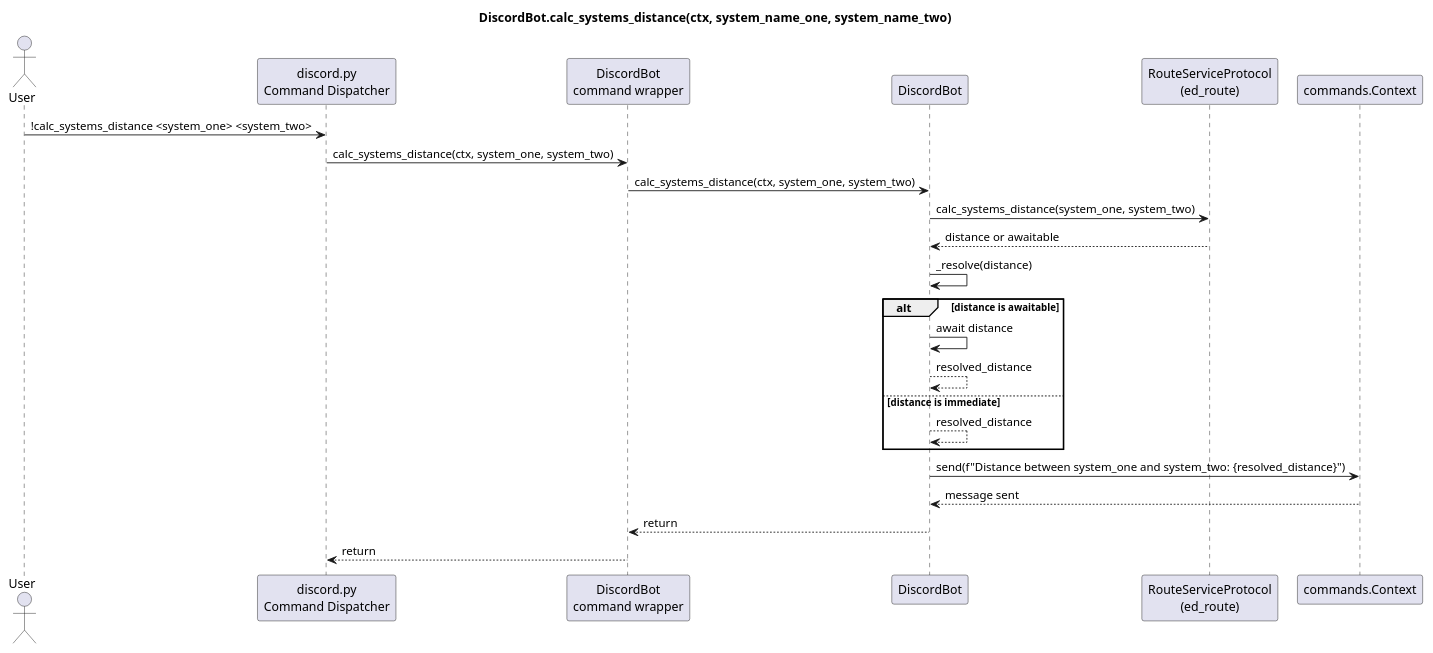
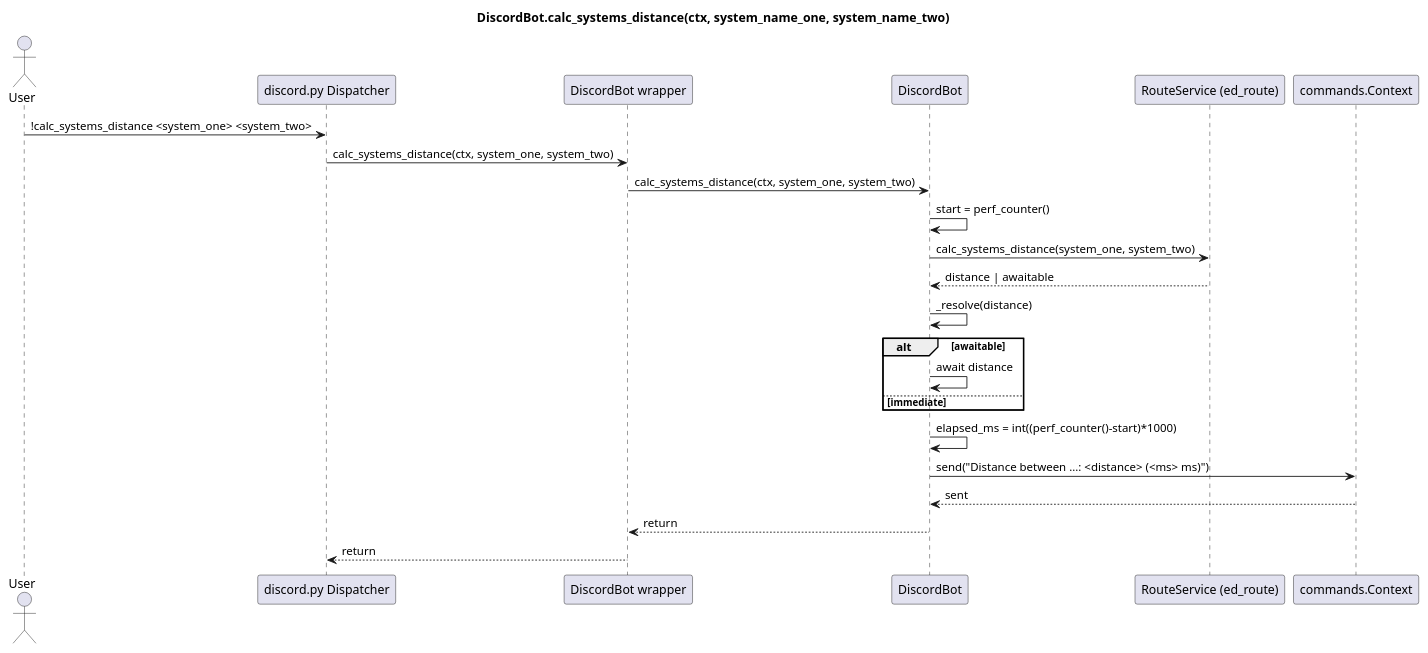
One commit to fazleskhan/elite_dangerous_discord_tools changed the third of 5 diagrams in docs/discord_bot_sequences.puml. Above: the diagram before and after it, drawn with PlantUML. The commit also changed other lines of this file and 13 other files, not shown here.

Commit message:
updated sequence diagrams and ran black against the source

```diff
--- a/docs/discord_bot_sequences.puml
+++ b/docs/discord_bot_sequences.puml
@@ -55,27 +58,27 @@
 @startuml
 title DiscordBot.calc_systems_distance(ctx, system_name_one, system_name_two)
 
 actor User
-participant "discord.py\nCommand Dispatcher" as Dispatcher
-participant "DiscordBot\ncommand wrapper" as Wrapper
+participant "discord.py Dispatcher" as Dispatcher
+participant "DiscordBot wrapper" as Wrapper
 participant "DiscordBot" as Bot
-participant "RouteServiceProtocol\n(ed_route)" as RouteService
+participant "RouteService (ed_route)" as Route
 participant "commands.Context" as Ctx
 
 User -> Dispatcher: !calc_systems_distance <system_one> <system_two>
 Dispatcher -> Wrapper: calc_systems_distance(ctx, system_one, system_two)
 Wrapper -> Bot: calc_systems_distance(ctx, system_one, system_two)
-Bot -> RouteService: calc_systems_distance(system_one, system_two)
-RouteService --> Bot: distance or awaitable
+Bot -> Bot: start = perf_counter()
+Bot -> Route: calc_systems_distance(system_one, system_two)
+Route --> Bot: distance | awaitable
 Bot -> Bot: _resolve(distance)
-alt distance is awaitable
+alt awaitable
   Bot -> Bot: await distance
-  Bot --> Bot: resolved_distance
-else distance is immediate
-  Bot --> Bot: resolved_distance
+else immediate
 end
-Bot -> Ctx: send(f"Distance between system_one and system_two: {resolved_distance}")
-Ctx --> Bot: message sent
+Bot -> Bot: elapsed_ms = int((perf_counter()-start)*1000)
+Bot -> Ctx: send("Distance between ...: <distance> (<ms> ms)")
+Ctx --> Bot: sent
 Bot --> Wrapper: return
 Wrapper --> Dispatcher: return
 @enduml
```
